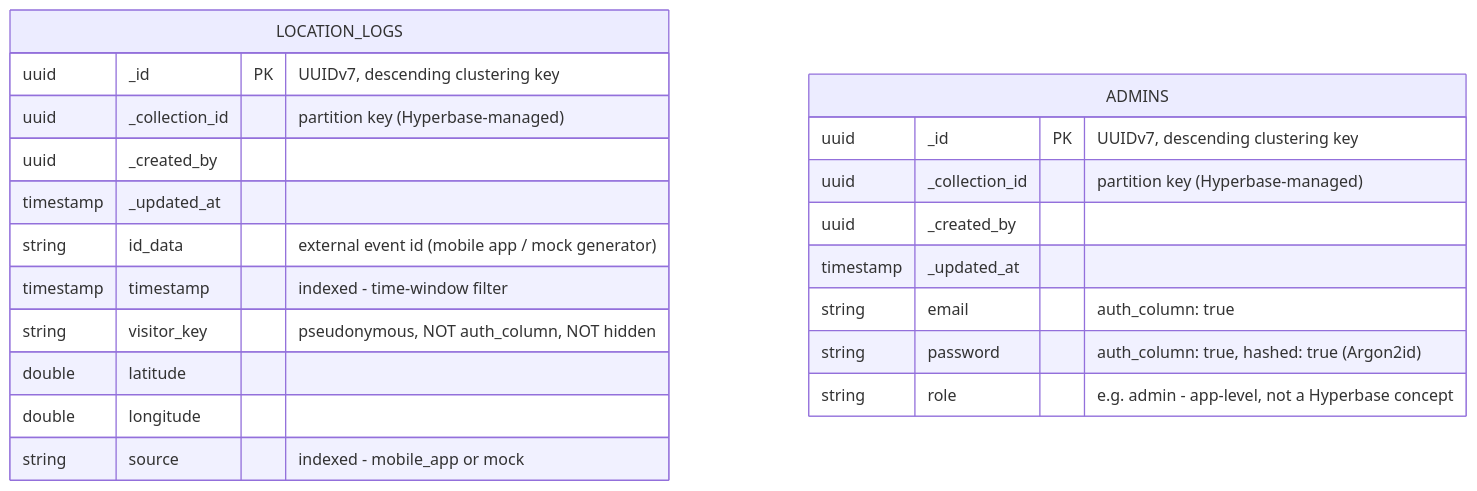
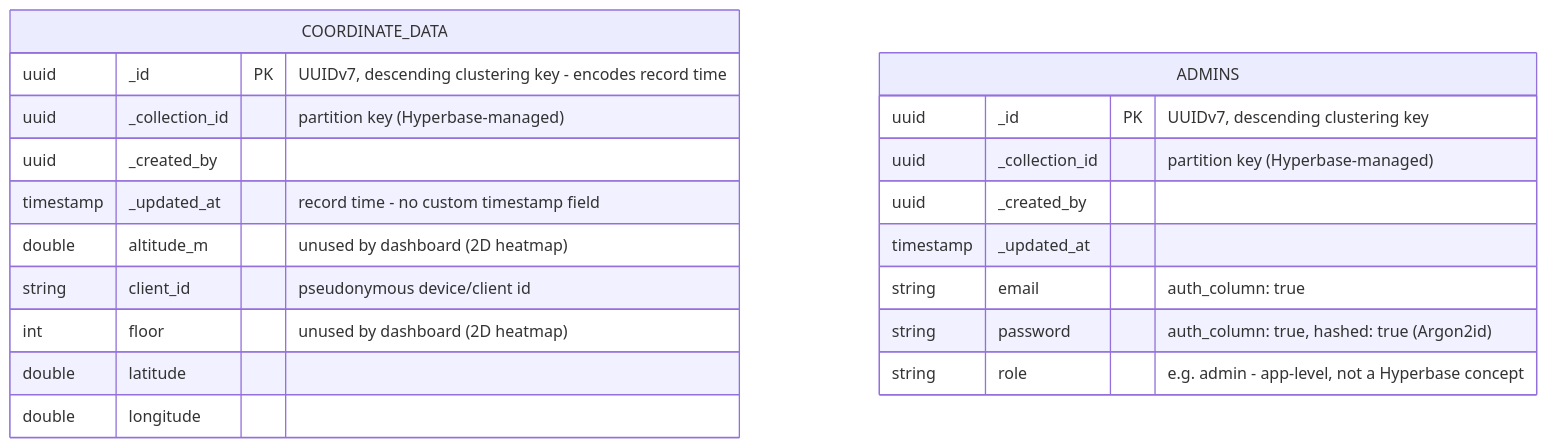
One commit to Hitchgernn/heatmap-dashboard changed the first of 2 diagrams in docs/HYPERBASE_SCHEMA.md. Above: the diagram before and after it, drawn with Mermaid. The commit also changed other lines of this file and 5 other files, not shown here.

Commit message:
feat(backend): adapt hyperbase driver to real coordinate data collection

````diff
--- a/docs/HYPERBASE_SCHEMA.md
+++ b/docs/HYPERBASE_SCHEMA.md
@@ -11,25 +19,24 @@
 ```mermaid
 erDiagram
-    LOCATION_LOGS {
-        uuid _id PK "UUIDv7, descending clustering key"
+    COORDINATE_DATA {
+        uuid _id PK "UUIDv7, descending clustering key - encodes record time"
         uuid _collection_id "partition key (Hyperbase-managed)"
         uuid _created_by
-        timestamp _updated_at
-        string id_data "external event id (mobile app / mock generator)"
-        timestamp timestamp "indexed - time-window filter"
-        string visitor_key "pseudonymous, NOT auth_column, NOT hidden"
+        timestamp _updated_at "record time - no custom timestamp field"
+        double altitude_m "unused by dashboard (2D heatmap)"
+        string client_id "pseudonymous device/client id"
+        int floor "unused by dashboard (2D heatmap)"
         double latitude
         double longitude
-        string source "indexed - mobile_app or mock"
     }
 
     ADMINS {
         uuid _id PK "UUIDv7, descending clustering key"
         uuid _collection_id "partition key (Hyperbase-managed)"
         uuid _created_by
         timestamp _updated_at
         string email "auth_column: true"
         string password "auth_column: true, hashed: true (Argon2id)"
         string role "e.g. admin - app-level, not a Hyperbase concept"
     }
 ```
````
